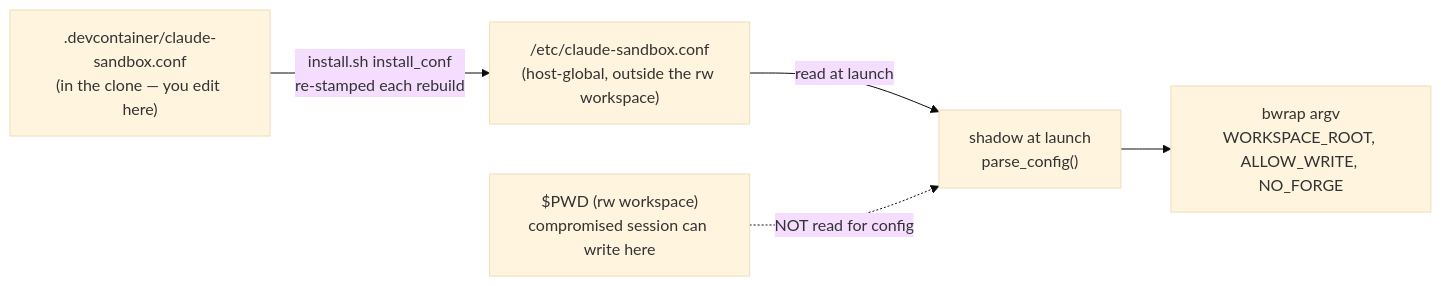
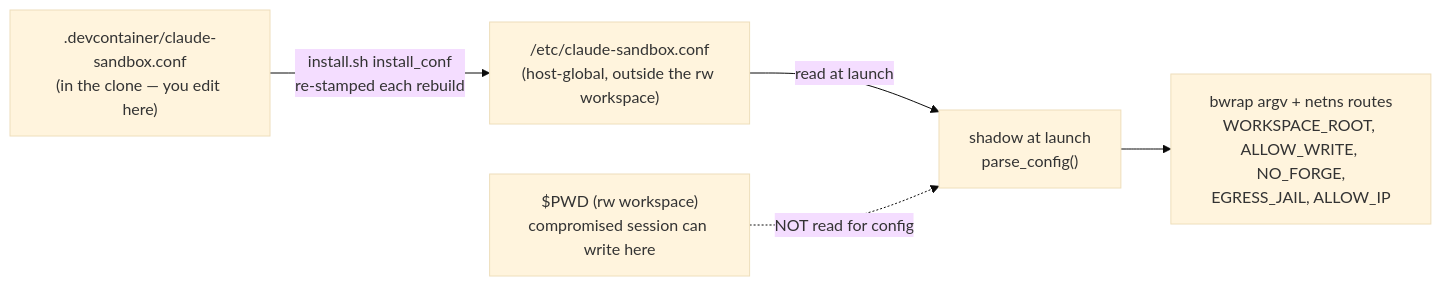
The fifth of 6 diagrams in docs/explanations/architecture.md (gilesknap/claude-sandbox), drawn with Mermaid (base theme) before and after one commit. The commit also changed other lines of this file and 22 other files, not shown here.

First line of the commit message:
docs: sync docs with the on-by-default egress jail + native-sandbox meshing

````diff
--- a/docs/explanations/architecture.md
+++ b/docs/explanations/architecture.md
@@ -249,14 +286,14 @@
 ```{mermaid}
 graph LR
     clone[".devcontainer/claude-sandbox.conf<br/>(in the clone — you edit here)"]
     etc["/etc/claude-sandbox.conf<br/>(host-global, outside the rw workspace)"]
     shadow["shadow at launch<br/>parse_config()"]
-    argv["bwrap argv<br/>WORKSPACE_ROOT, ALLOW_WRITE, NO_FORGE"]
+    argv["bwrap argv + netns routes<br/>WORKSPACE_ROOT, ALLOW_WRITE, NO_FORGE,<br/>EGRESS_JAIL, ALLOW_IP"]
 
     clone -->|install.sh install_conf<br/>re-stamped each rebuild| etc
     etc -->|read at launch| shadow
     shadow --> argv
 
     pwd["$PWD (rw workspace)<br/>compromised session can write here"]
     pwd -. NOT read for config .-> shadow
 ```
````
